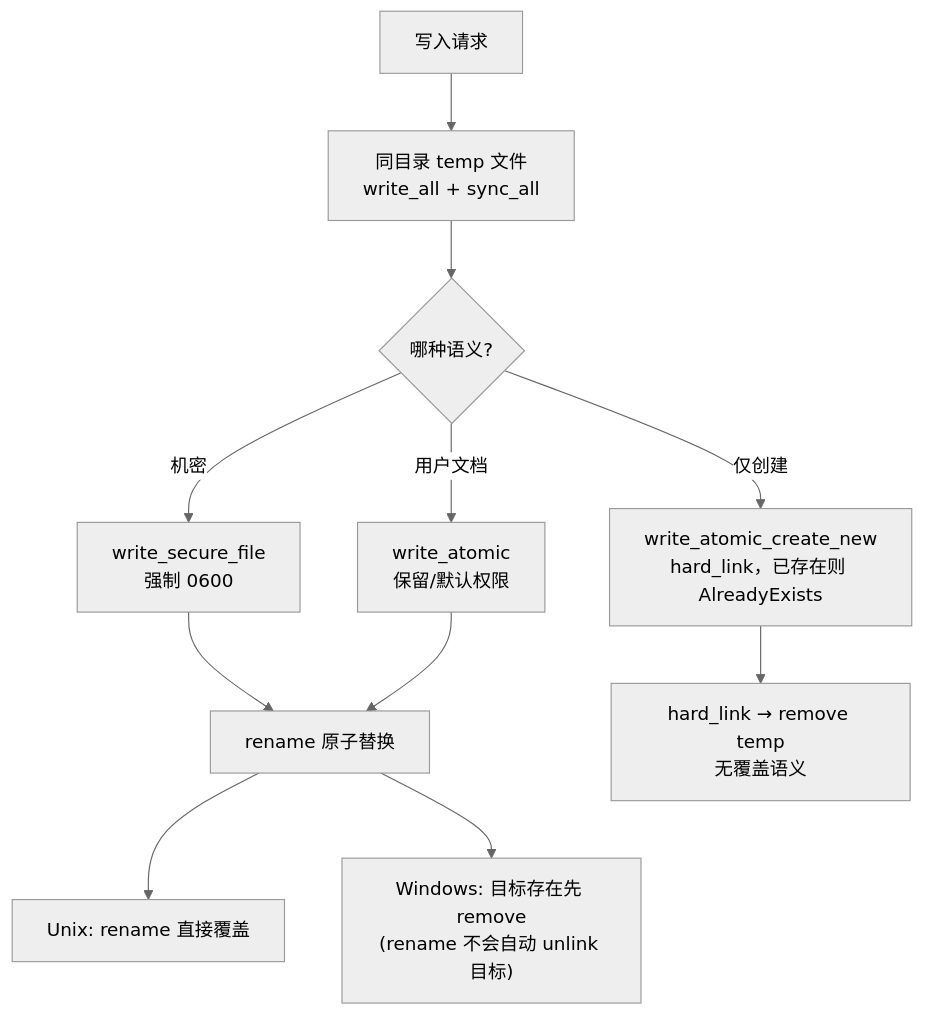
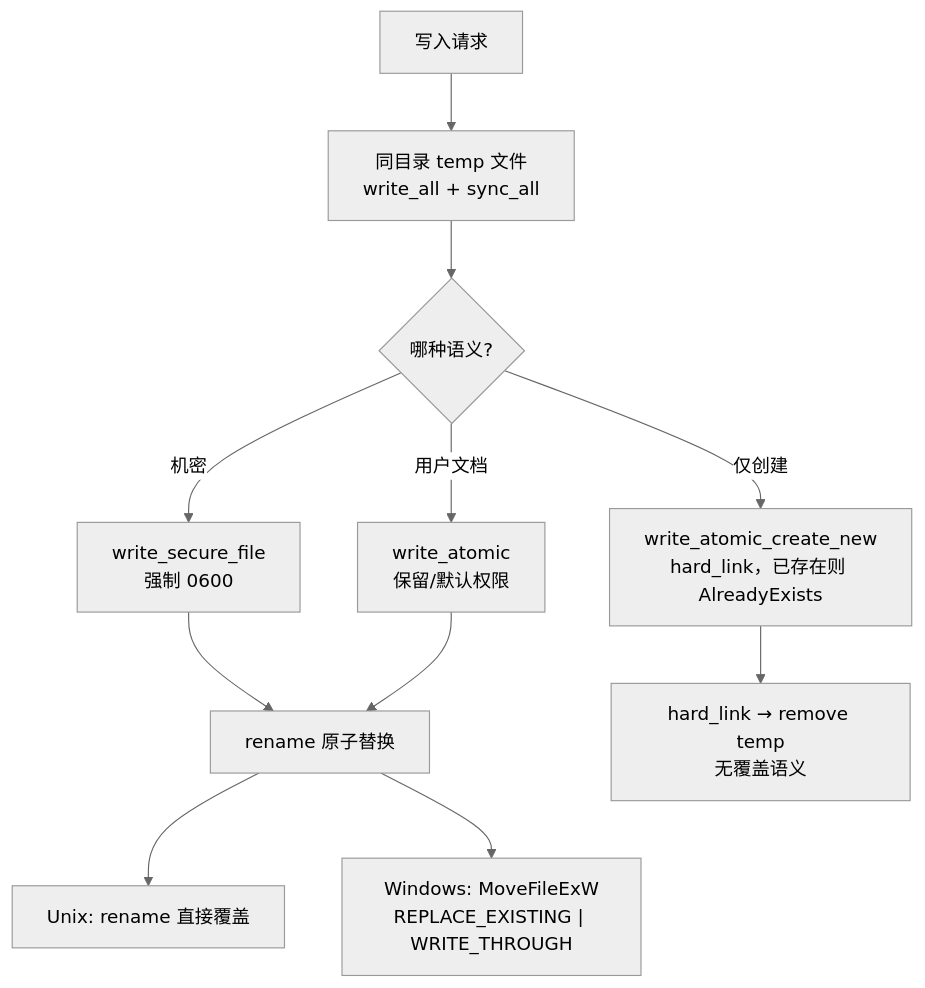
One commit to shiwenwen/hope-agent changed the third of 3 diagrams in docs/architecture/infra/platform.md. Above: the diagram before and after it, drawn with Mermaid (neutral theme). The commit also changed other lines of this file and 12 other files, not shown here.

````diff
--- a/docs/architecture/infra/platform.md
+++ b/docs/architecture/infra/platform.md
@@ -153,13 +156,13 @@
 ```mermaid
 flowchart TD
   Start["写入请求"] --> Core["同目录 temp 文件<br/>write_all + sync_all"]
   Core --> Branch{"哪种语义?"}
   Branch -->|"机密"| Sec["write_secure_file<br/>强制 0600"]
   Branch -->|"用户文档"| Atom["write_atomic<br/>保留/默认权限"]
   Branch -->|"仅创建"| New["write_atomic_create_new<br/>hard_link，已存在则 AlreadyExists"]
   Sec --> Rename["rename 原子替换"]
   Atom --> Rename
   Rename --> UnixR["Unix: rename 直接覆盖"]
-  Rename --> WinR["Windows: 目标存在先 remove<br/>(rename 不会自动 unlink 目标)"]
+  Rename --> WinR["Windows: MoveFileExW<br/>REPLACE_EXISTING | WRITE_THROUGH"]
   New --> Link["hard_link → remove temp<br/>无覆盖语义"]
 ```
````
